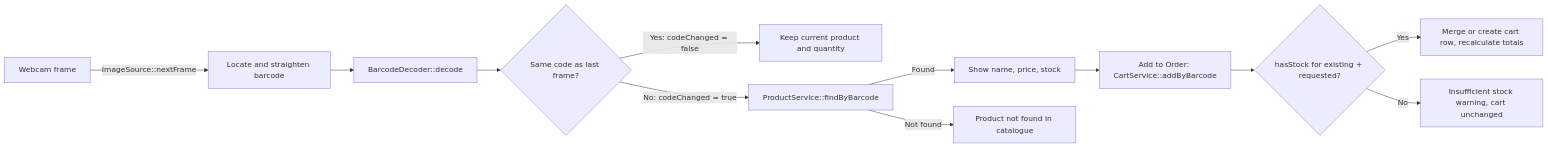
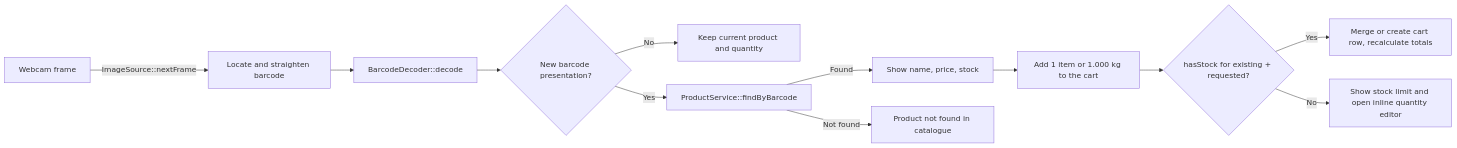
The second of 4 diagrams in README.md (zzaryab912/ISE-Project), drawn with Mermaid before and after one commit. The commit also changed other lines of this file and 11 other files, not shown here.

````diff
--- a/README.md
+++ b/README.md
@@ -295,14 +295,14 @@
 ```mermaid
 flowchart LR
     CAM["Webcam frame"] -->|"ImageSource::nextFrame"| LOC["Locate and straighten barcode"]
     LOC --> DEC["BarcodeDecoder::decode"]
-    DEC --> CHG{"Same code as last frame?"}
-    CHG -->|"Yes: codeChanged = false"| KEEP["Keep current product and quantity"]
-    CHG -->|"No: codeChanged = true"| LOOK["ProductService::findByBarcode"]
+    DEC --> CHG{"New barcode presentation?"}
+    CHG -->|"No"| KEEP["Keep current product and quantity"]
+    CHG -->|"Yes"| LOOK["ProductService::findByBarcode"]
     LOOK -->|"Found"| SHOW["Show name, price, stock"]
     LOOK -->|"Not found"| NF["Product not found in catalogue"]
-    SHOW --> ADD["Add to Order: CartService::addByBarcode"]
+    SHOW --> ADD["Add 1 item or 1.000 kg to the cart"]
     ADD --> STK{"hasStock for existing + requested?"}
     STK -->|"Yes"| ROW["Merge or create cart row, recalculate totals"]
-    STK -->|"No"| WARN["Insufficient stock warning, cart unchanged"]
+    STK -->|"No"| WARN["Show stock limit and open inline quantity editor"]
 ```
````
